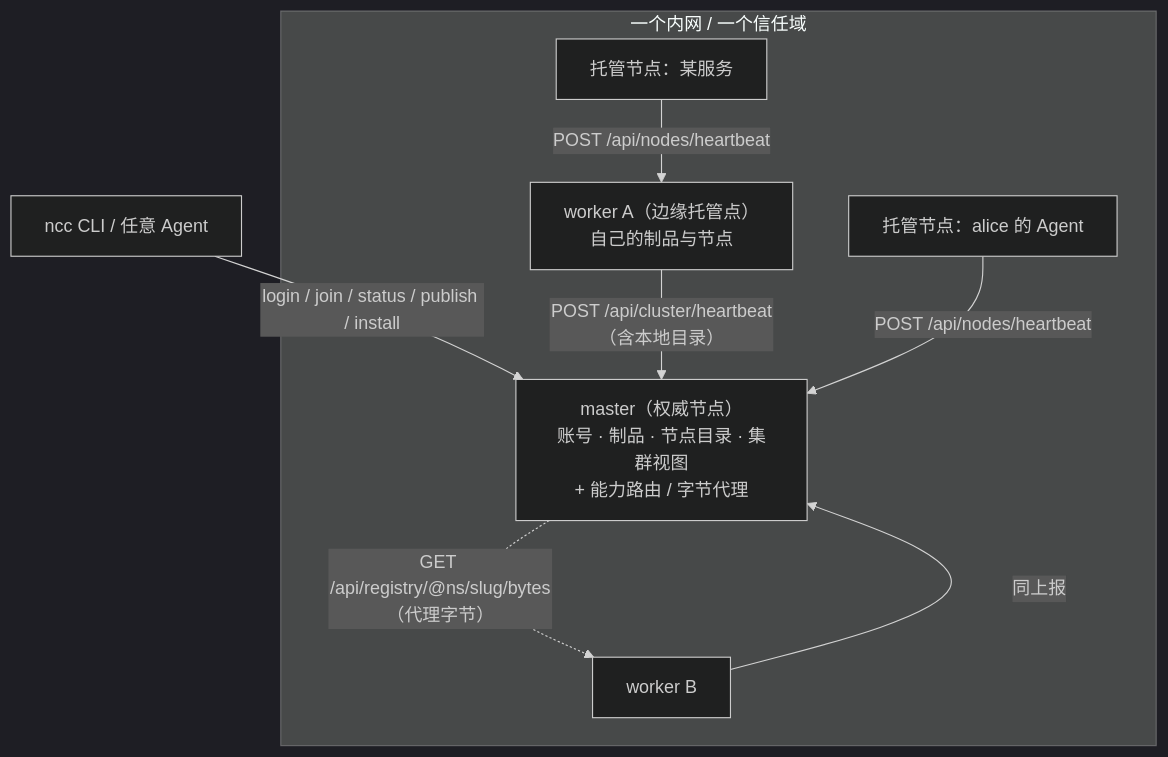
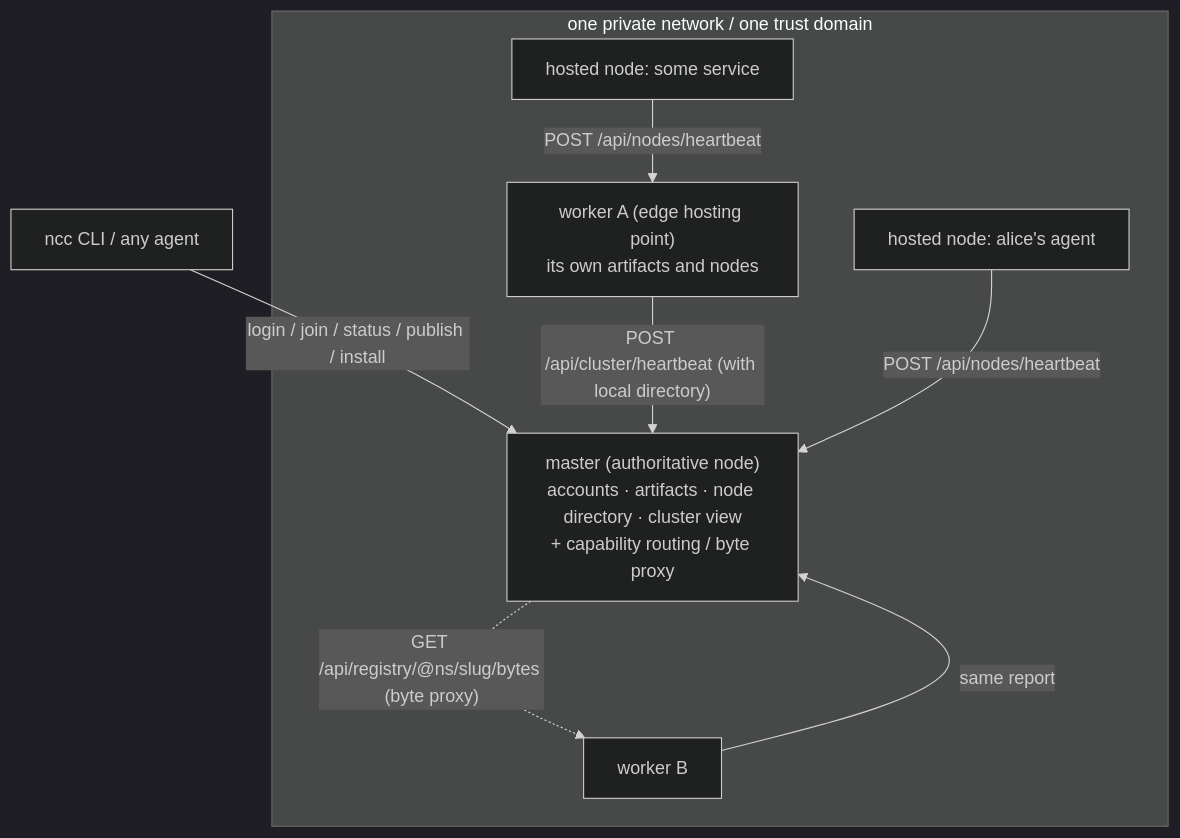
One commit to fusedmodel/ncc-registry changed the diagram in README.md. Above: the diagram before and after it, drawn with Mermaid (dark theme). The commit also changed other lines of this file and 5 other files, not shown here.

````diff
--- a/README.md
+++ b/README.md
@@ -36,16 +46,16 @@
 ```mermaid
 flowchart TB
-  subgraph net["一个内网 / 一个信任域"]
-    M["master（权威节点）<br/>账号 · 制品 · 节点目录 · 集群视图<br/>+ 能力路由 / 字节代理"]
-    W1["worker A（边缘托管点）<br/>自己的制品与节点"]
+  subgraph net["one private network / one trust domain"]
+    M["master (authoritative node)<br/>accounts · artifacts · node directory · cluster view<br/>+ capability routing / byte proxy"]
+    W1["worker A (edge hosting point)<br/>its own artifacts and nodes"]
     W2["worker B"]
-    N1["托管节点：alice 的 Agent"]
-    N2["托管节点：某服务"]
+    N1["hosted node: alice's agent"]
+    N2["hosted node: some service"]
   end
-  CLI["ncc CLI / 任意 Agent"] -->|"login / join / status / publish / install"| M
-  W1 -->|"POST /api/cluster/heartbeat（含本地目录）"| M
-  W2 -->|"同上报"| M
+  CLI["ncc CLI / any agent"] -->|"login / join / status / publish / install"| M
+  W1 -->|"POST /api/cluster/heartbeat (with local directory)"| M
+  W2 -->|"same report"| M
   N1 -->|"POST /api/nodes/heartbeat"| M
   N2 -->|"POST /api/nodes/heartbeat"| W1
-  M -. "GET <worker>/api/registry/@ns/slug/bytes（代理字节）" .-> W2
+  M -. "GET <worker>/api/registry/@ns/slug/bytes (byte proxy)" .-> W2
 ```
````
